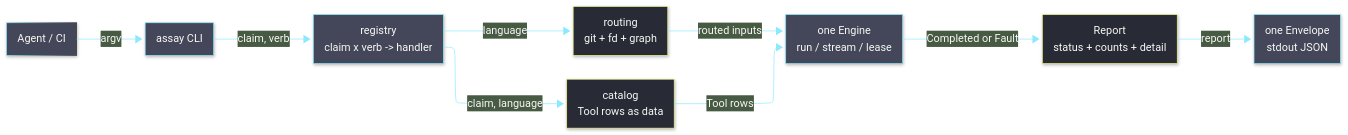
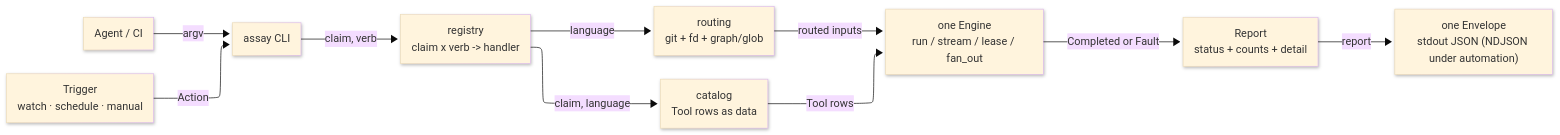
Before and after one commit to bsamiee/Rasm: the diagram in tools/assay/ARCHITECTURE.md, drawn with Mermaid. The commit also changed other lines of this file and 150 other files, not shown here.

````diff
--- a/tools/assay/ARCHITECTURE.md
+++ b/tools/assay/ARCHITECTURE.md
@@ -63,33 +69,17 @@
 ```mermaid
 ---
-config:
-  layout: elk
-  look: neo
-  theme: base
-  themeVariables:
-    background: "#282a36"
-    primaryColor: "#44475a"
-    primaryTextColor: "#f8f8f2"
-    primaryBorderColor: "#8be9fd"
-    lineColor: "#8be9fd"
-    clusterBkg: "#21222c"
-    clusterBorder: "#6272a4"
+config: { layout: elk, look: neo, theme: base }
 ---
 flowchart LR
   accTitle: Assay orchestration boundary
-  accDescr: The assay CLI routes changed files, selects Tool rows from the catalog, and runs them through one Engine into one Envelope.
-
+  accDescr: The assay CLI and automation arm route inputs, select Tool rows, and run them through one Engine into one Envelope (or an Envelope stream).
   agent["Agent / CI"] -->|"argv"| cli["assay CLI"]
+  trig["Trigger<br/>watch · schedule · manual"] -->|"Action"| cli
   cli -->|"claim, verb"| registry["registry<br/>claim x verb -> handler"]
-  registry -->|"language"| routing["routing<br/>git + fd + graph"]
+  registry -->|"language"| routing["routing<br/>git + fd + graph/glob"]
   registry -->|"claim, language"| catalog["catalog<br/>Tool rows as data"]
-  routing -->|"routed inputs"| engine["one Engine<br/>run / stream / lease"]
+  routing -->|"routed inputs"| engine["one Engine<br/>run / stream / lease / fan_out"]
   catalog -->|"Tool rows"| engine
   engine -->|"Completed or Fault"| report["Report<br/>status + counts + detail"]
-  report -->|"report"| envelope["one Envelope<br/>stdout JSON"]
-
-  classDef root fill:#44475a,stroke:#8be9fd,color:#f8f8f2
-  classDef data fill:#282a36,stroke:#f1fa8c,color:#f8f8f2
-  class cli,registry,engine,envelope root
-  class routing,catalog,report data
+  report -->|"report"| envelope["one Envelope<br/>stdout JSON (NDJSON under automation)"]
 ```
````
